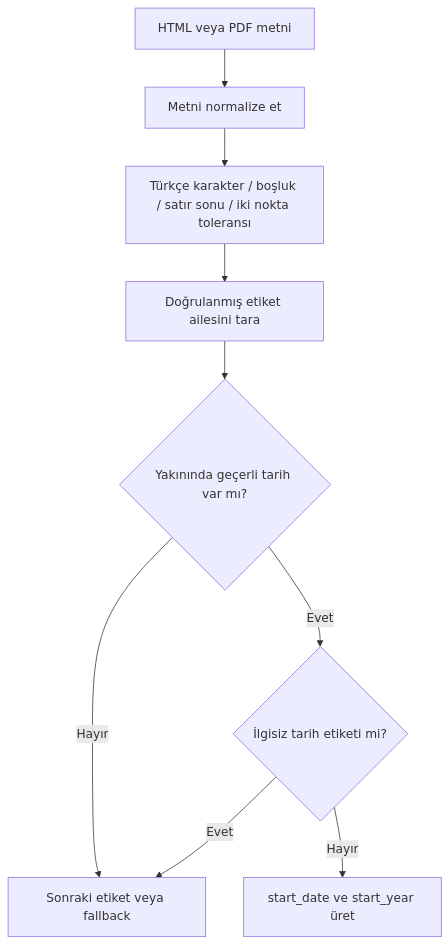
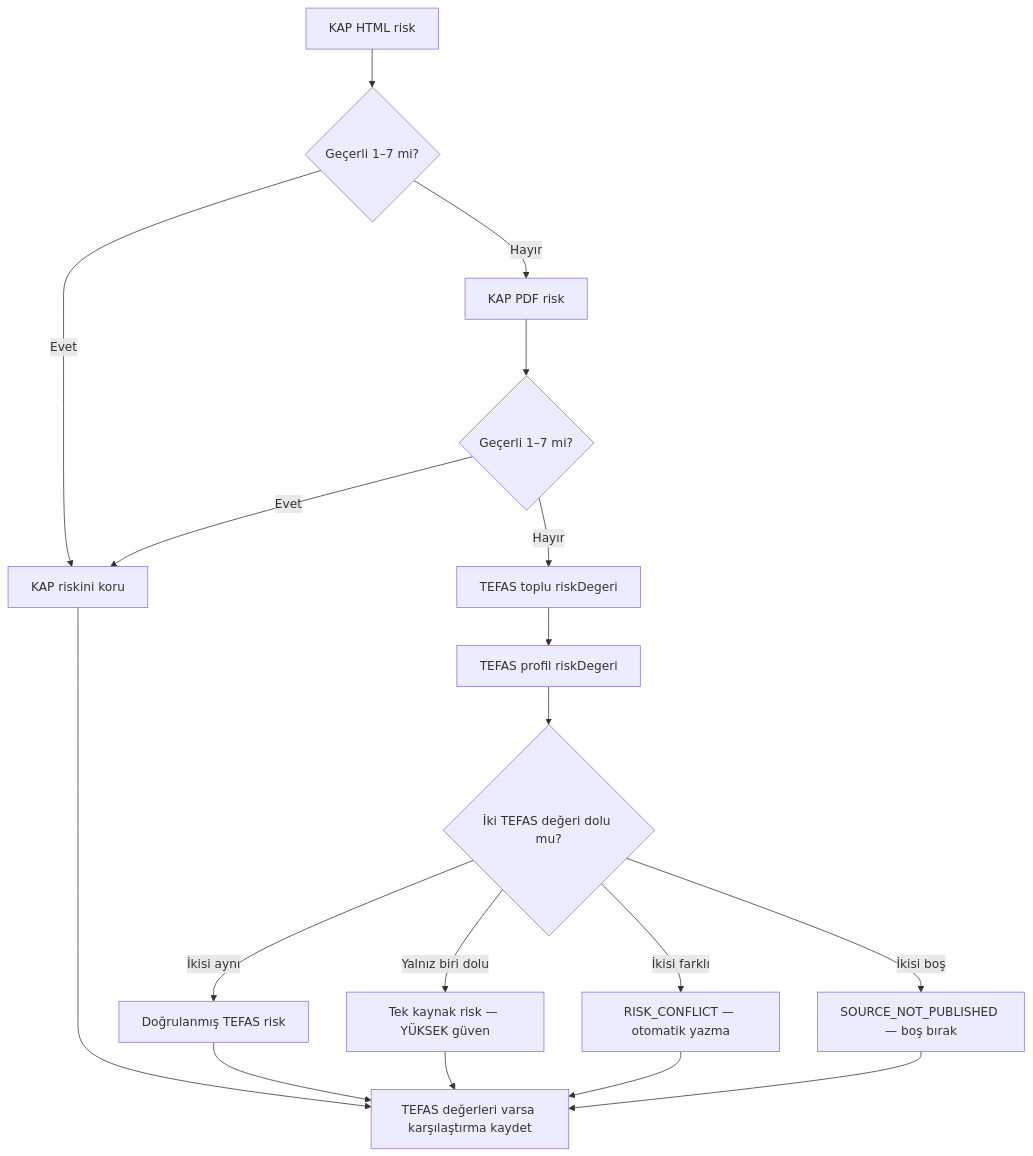
One commit to egemenkarabulut/PiyasaNabzi-KAP-YAT changed the sixth of 19 diagrams in README.md. Above: the diagram before and after it, drawn with Mermaid. The commit also changed other lines of this file and 8 other files, not shown here.

````diff
--- a/README.md
+++ b/README.md
@@ -202,11 +285,20 @@
 ```mermaid
 flowchart TD
-    A["HTML veya PDF metni"] --> B["Metni normalize et"]
-    B --> C["Türkçe karakter / boşluk / satır sonu / iki nokta toleransı"]
-    C --> D["Doğrulanmış etiket ailesini tara"]
-    D --> E{"Yakınında geçerli tarih var mı?"}
-    E -- "Hayır" --> F["Sonraki etiket veya fallback"]
-    E -- "Evet" --> G{"İlgisiz tarih etiketi mi?"}
-    G -- "Evet" --> F
-    G -- "Hayır" --> H["start_date ve start_year üret"]
+    A["KAP HTML risk"] --> B{"Geçerli 1–7 mi?"}
+    B -- "Evet" --> C["KAP riskini koru"]
+    B -- "Hayır" --> D["KAP PDF risk"]
+    D --> E{"Geçerli 1–7 mi?"}
+    E -- "Evet" --> C
+    E -- "Hayır" --> F["TEFAS toplu riskDegeri"]
+    F --> G["TEFAS profil riskDegeri"]
+    G --> H{"İki TEFAS değeri dolu mu?"}
+    H -- "İkisi aynı" --> I["Doğrulanmış TEFAS risk"]
+    H -- "İkisi farklı" --> J["RISK_CONFLICT — otomatik yazma"]
+    H -- "Yalnız biri dolu" --> K["Tek kaynak risk — YÜKSEK güven"]
+    H -- "İkisi boş" --> L["SOURCE_NOT_PUBLISHED — boş bırak"]
+    C --> M["TEFAS değerleri varsa karşılaştırma kaydet"]
+    I --> M
+    K --> M
+    J --> M
+    L --> M
 ```
````
